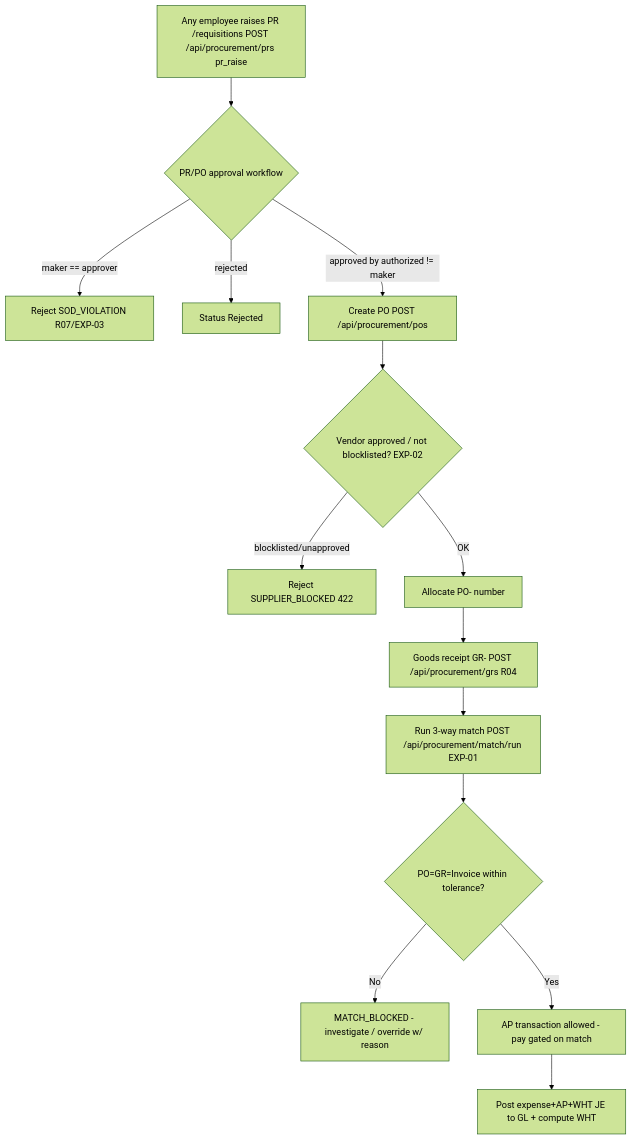
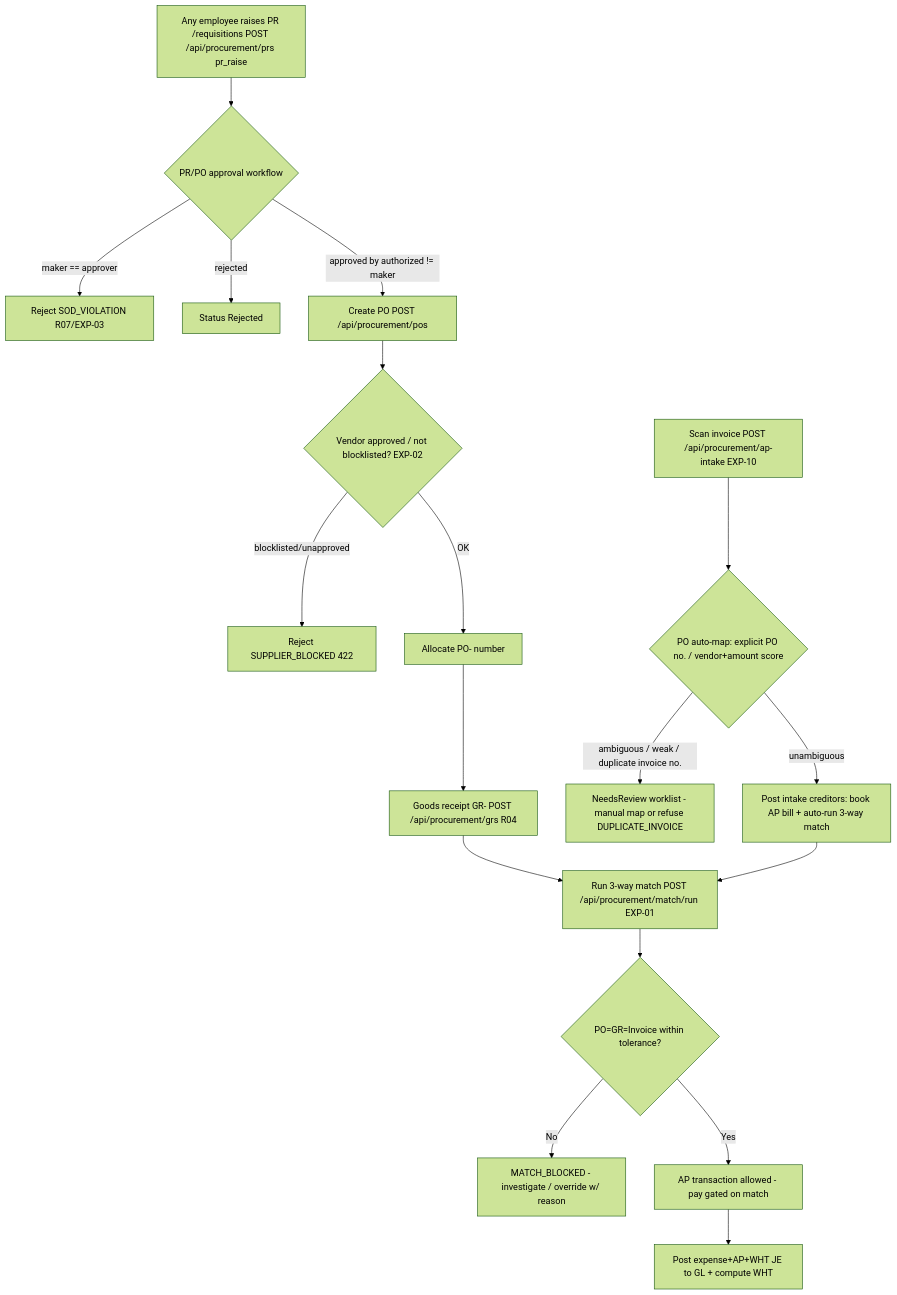
Before and after one commit to wayla69/invisibleERP: the diagram in docs/process-narratives/02-procure-to-pay.md, drawn with Mermaid (forest theme). The commit also changed other lines of this file and 30 other files, not shown here.

First line of the commit message:
feat(ap-intake): scan invoice (text or image/PDF) → PO auto-map → automated 3-way match for payment (EXP-10) (#339)

````diff
--- a/docs/process-narratives/02-procure-to-pay.md
+++ b/docs/process-narratives/02-procure-to-pay.md
@@ -100,16 +102,20 @@
 ```mermaid
 flowchart TD
     A[Any employee raises PR /requisitions POST /api/procurement/prs pr_raise] --> B{PR/PO approval workflow}
     B -- "maker == approver" --> B1[Reject SOD_VIOLATION R07/EXP-03]
     B -- "rejected" --> B2[Status Rejected]
     B -- "approved by authorized != maker" --> C[Create PO POST /api/procurement/pos]
     C --> D{Vendor approved / not blocklisted? EXP-02}
     D -- "blocklisted/unapproved" --> D1[Reject SUPPLIER_BLOCKED 422]
     D -- "OK" --> E[Allocate PO- number]
     E --> F[Goods receipt GR- POST /api/procurement/grs R04]
     F --> G[Run 3-way match POST /api/procurement/match/run EXP-01]
     G --> H{PO=GR=Invoice within tolerance?}
     H -- "No" --> H1[MATCH_BLOCKED - investigate / override w/ reason]
     H -- "Yes" --> I[AP transaction allowed - pay gated on match]
     I --> J[Post expense+AP+WHT JE to GL + compute WHT]
+    S[Scan invoice POST /api/procurement/ap-intake EXP-10] --> T{PO auto-map: explicit PO no. / vendor+amount score}
+    T -- "ambiguous / weak / duplicate invoice no." --> T1[NeedsReview worklist - manual map or refuse DUPLICATE_INVOICE]
+    T -- "unambiguous" --> U[Post intake creditors: book AP bill + auto-run 3-way match]
+    U --> G
 ```
````
